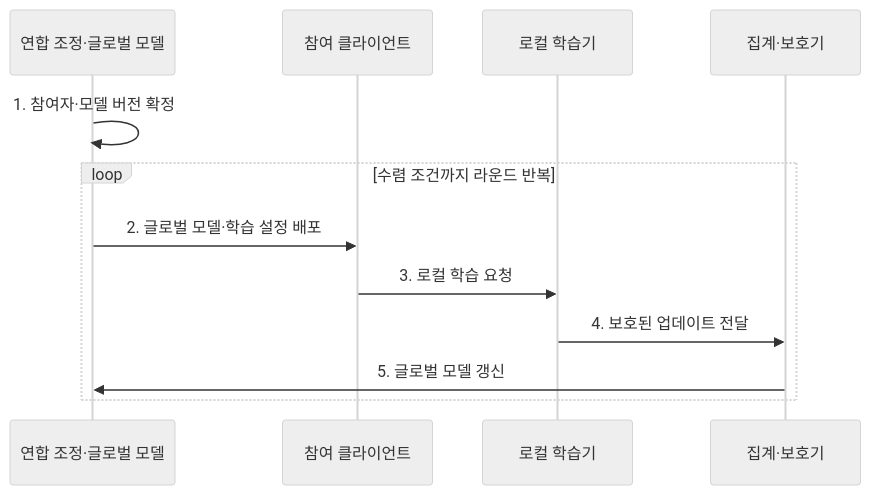
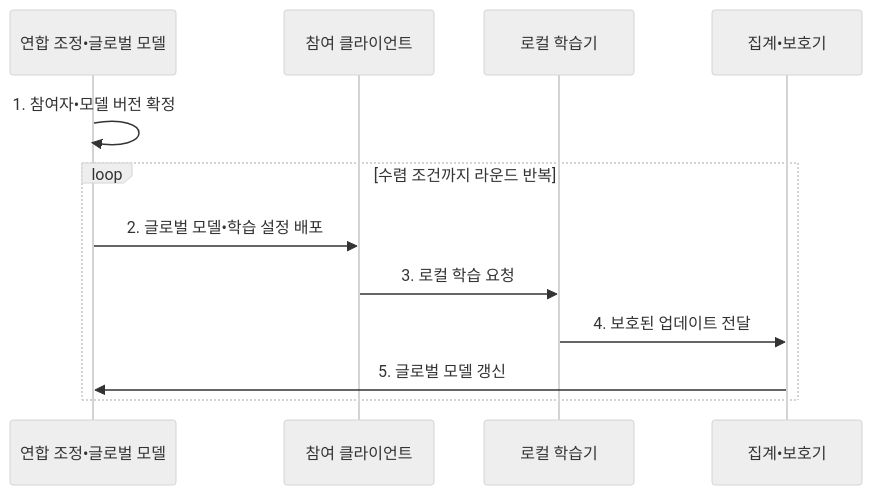
One commit to agnusdei1207/knowledge-base changed the second of 2 diagrams in src/content/docs/notes/08-latest-tech/111_federated_learning.md. Above: the diagram before and after it, drawn with Mermaid (neutral theme). The commit also changed other lines of this file and 953 other files, not shown here.

````diff
--- a/src/content/docs/notes/08-latest-tech/111_federated_learning.md
+++ b/src/content/docs/notes/08-latest-tech/111_federated_learning.md
@@ -104,14 +104,14 @@
 ```mermaid
 sequenceDiagram
-    participant C as 연합 조정·글로벌 모델
+    participant C as 연합 조정•글로벌 모델
     participant P as 참여 클라이언트
     participant L as 로컬 학습기
-    participant A as 집계·보호기
-    C->>C: 1. 참여자·모델 버전 확정
+    participant A as 집계•보호기
+    C->>C: 1. 참여자•모델 버전 확정
     loop 수렴 조건까지 라운드 반복
-        C->>P: 2. 글로벌 모델·학습 설정 배포
+        C->>P: 2. 글로벌 모델•학습 설정 배포
         P->>L: 3. 로컬 학습 요청
         L->>A: 4. 보호된 업데이트 전달
         A->>C: 5. 글로벌 모델 갱신
     end
 ```
````
